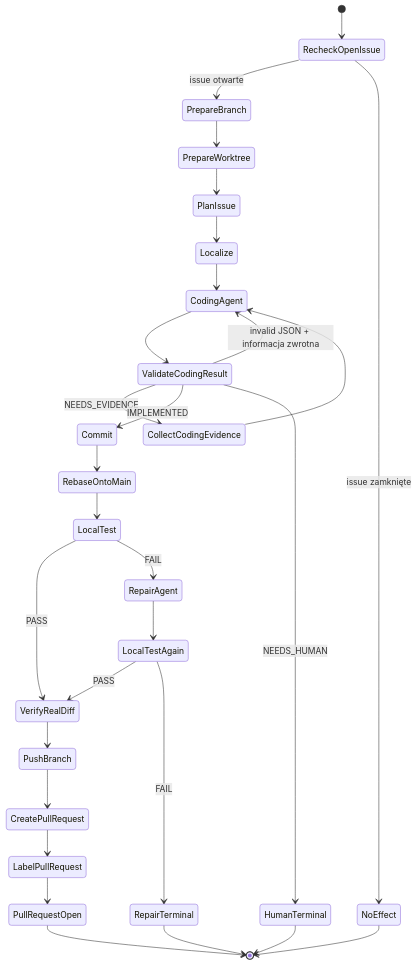
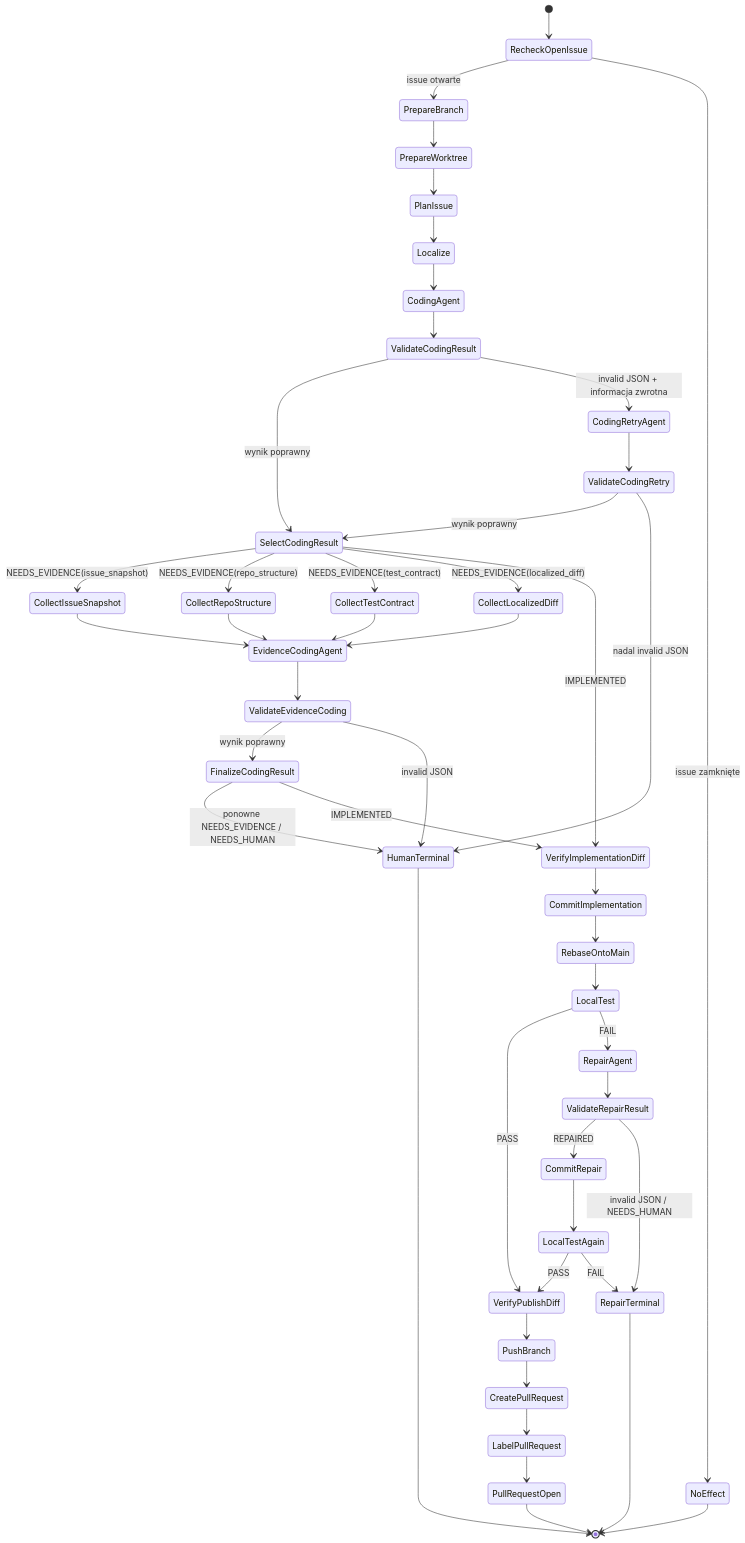
Before and after one commit to mikolaj92/lokay: the third of 6 diagrams in README.md, drawn with Mermaid.

Commit message:
docs: define issue implementation state boundary

````diff
--- a/README.md
+++ b/README.md
@@ -155,31 +155,49 @@
 ```mermaid
 stateDiagram-v2
     [*] --> RecheckOpenIssue
     RecheckOpenIssue --> PrepareBranch: issue otwarte
     RecheckOpenIssue --> NoEffect: issue zamknięte
     PrepareBranch --> PrepareWorktree
     PrepareWorktree --> PlanIssue
     PlanIssue --> Localize
     Localize --> CodingAgent
     CodingAgent --> ValidateCodingResult
-    ValidateCodingResult --> CodingAgent: invalid JSON + informacja zwrotna
-    ValidateCodingResult --> CollectCodingEvidence: NEEDS_EVIDENCE
-    CollectCodingEvidence --> CodingAgent
-    ValidateCodingResult --> Commit: IMPLEMENTED
-    ValidateCodingResult --> HumanTerminal: NEEDS_HUMAN
-    Commit --> RebaseOntoMain
+    ValidateCodingResult --> SelectCodingResult: wynik poprawny
+    ValidateCodingResult --> CodingRetryAgent: invalid JSON + informacja zwrotna
+    CodingRetryAgent --> ValidateCodingRetry
+    ValidateCodingRetry --> SelectCodingResult: wynik poprawny
+    ValidateCodingRetry --> HumanTerminal: nadal invalid JSON
+    SelectCodingResult --> CollectIssueSnapshot: NEEDS_EVIDENCE(issue_snapshot)
+    SelectCodingResult --> CollectRepoStructure: NEEDS_EVIDENCE(repo_structure)
+    SelectCodingResult --> CollectTestContract: NEEDS_EVIDENCE(test_contract)
+    SelectCodingResult --> CollectLocalizedDiff: NEEDS_EVIDENCE(localized_diff)
+    CollectIssueSnapshot --> EvidenceCodingAgent
+    CollectRepoStructure --> EvidenceCodingAgent
+    CollectTestContract --> EvidenceCodingAgent
+    CollectLocalizedDiff --> EvidenceCodingAgent
+    EvidenceCodingAgent --> ValidateEvidenceCoding
+    ValidateEvidenceCoding --> FinalizeCodingResult: wynik poprawny
+    ValidateEvidenceCoding --> HumanTerminal: invalid JSON
+    FinalizeCodingResult --> HumanTerminal: ponowne NEEDS_EVIDENCE / NEEDS_HUMAN
+    SelectCodingResult --> VerifyImplementationDiff: IMPLEMENTED
+    FinalizeCodingResult --> VerifyImplementationDiff: IMPLEMENTED
+    VerifyImplementationDiff --> CommitImplementation
+    CommitImplementation --> RebaseOntoMain
     RebaseOntoMain --> LocalTest
-    LocalTest --> VerifyRealDiff: PASS
+    LocalTest --> VerifyPublishDiff: PASS
     LocalTest --> RepairAgent: FAIL
-    RepairAgent --> LocalTestAgain
-    LocalTestAgain --> VerifyRealDiff: PASS
+    RepairAgent --> ValidateRepairResult
+    ValidateRepairResult --> CommitRepair: REPAIRED
+    ValidateRepairResult --> RepairTerminal: invalid JSON / NEEDS_HUMAN
+    CommitRepair --> LocalTestAgain
+    LocalTestAgain --> VerifyPublishDiff: PASS
     LocalTestAgain --> RepairTerminal: FAIL
-    VerifyRealDiff --> PushBranch
+    VerifyPublishDiff --> PushBranch
     PushBranch --> CreatePullRequest
     CreatePullRequest --> LabelPullRequest
     LabelPullRequest --> PullRequestOpen
     PullRequestOpen --> [*]
     NoEffect --> [*]
     HumanTerminal --> [*]
     RepairTerminal --> [*]
 ```
````
